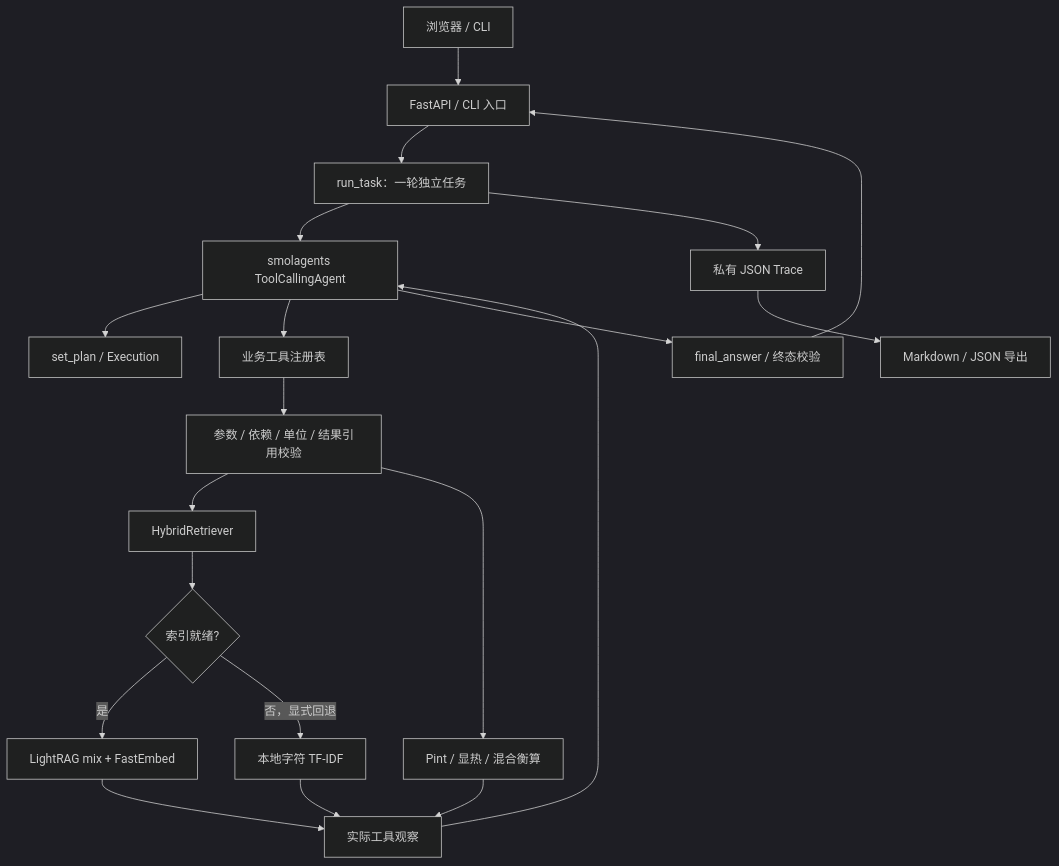
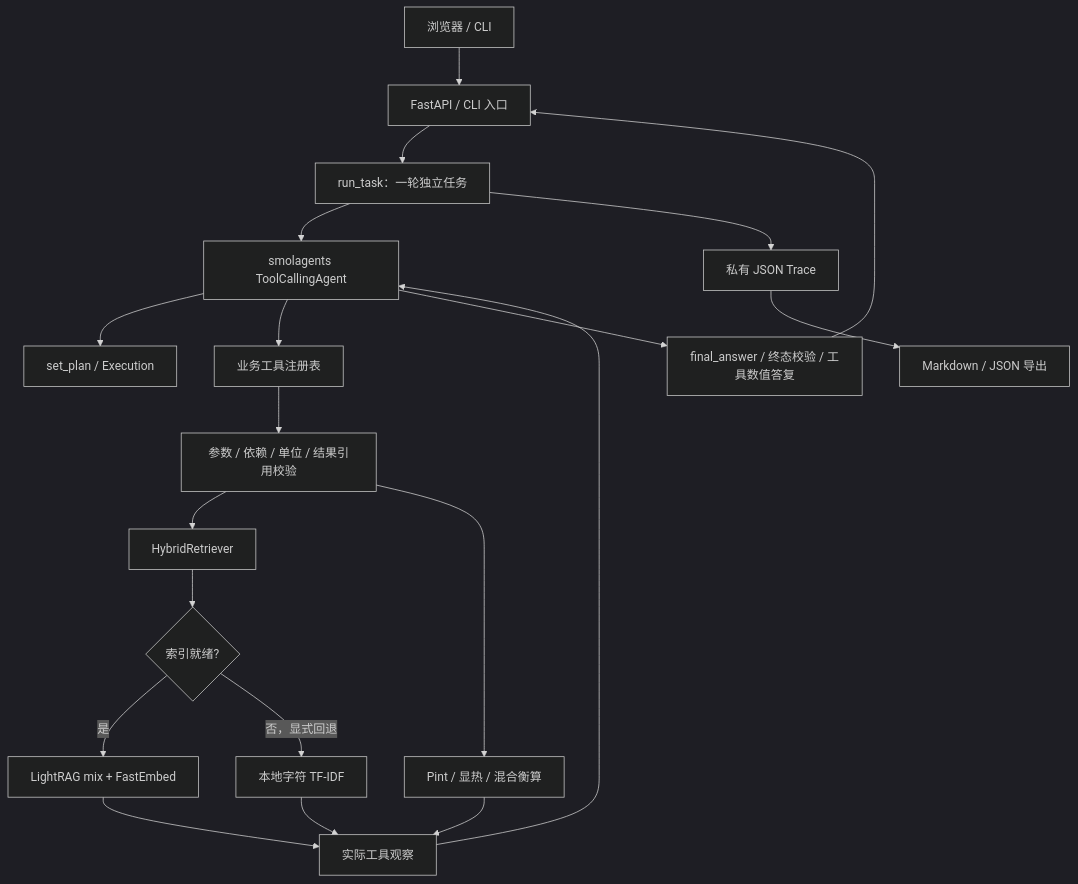
Before and after one commit to adasfand/chem-agent: the diagram in docs/ARCHITECTURE.md, drawn with Mermaid (dark theme). The commit also changed other lines of this file and 18 other files, not shown here.

````diff
--- a/docs/ARCHITECTURE.md
+++ b/docs/ARCHITECTURE.md
@@ -5,22 +5,22 @@
 ```mermaid
 flowchart TD
     U[浏览器 / CLI] --> API[FastAPI / CLI 入口]
     API --> TASK[run_task：一轮独立任务]
     TASK --> AGENT[smolagents ToolCallingAgent]
     AGENT --> PLAN[set_plan / Execution]
     AGENT --> REG[业务工具注册表]
     REG --> EXEC[参数 / 依赖 / 单位 / 结果引用校验]
     EXEC --> RAG[HybridRetriever]
     RAG --> READY{索引就绪?}
     READY -->|是| LR[LightRAG mix + FastEmbed]
     READY -->|否，显式回退| TF[本地字符 TF-IDF]
     EXEC --> CALC[Pint / 显热 / 混合衡算]
     LR --> OBS[实际工具观察]
     TF --> OBS
     CALC --> OBS
     OBS --> AGENT
-    AGENT --> FINAL[final_answer / 终态校验]
+    AGENT --> FINAL[final_answer / 终态校验 / 工具数值答复]
     TASK --> TRACE[私有 JSON Trace]
     FINAL --> API
     TRACE --> REPORT[Markdown / JSON 导出]
 ```
````
